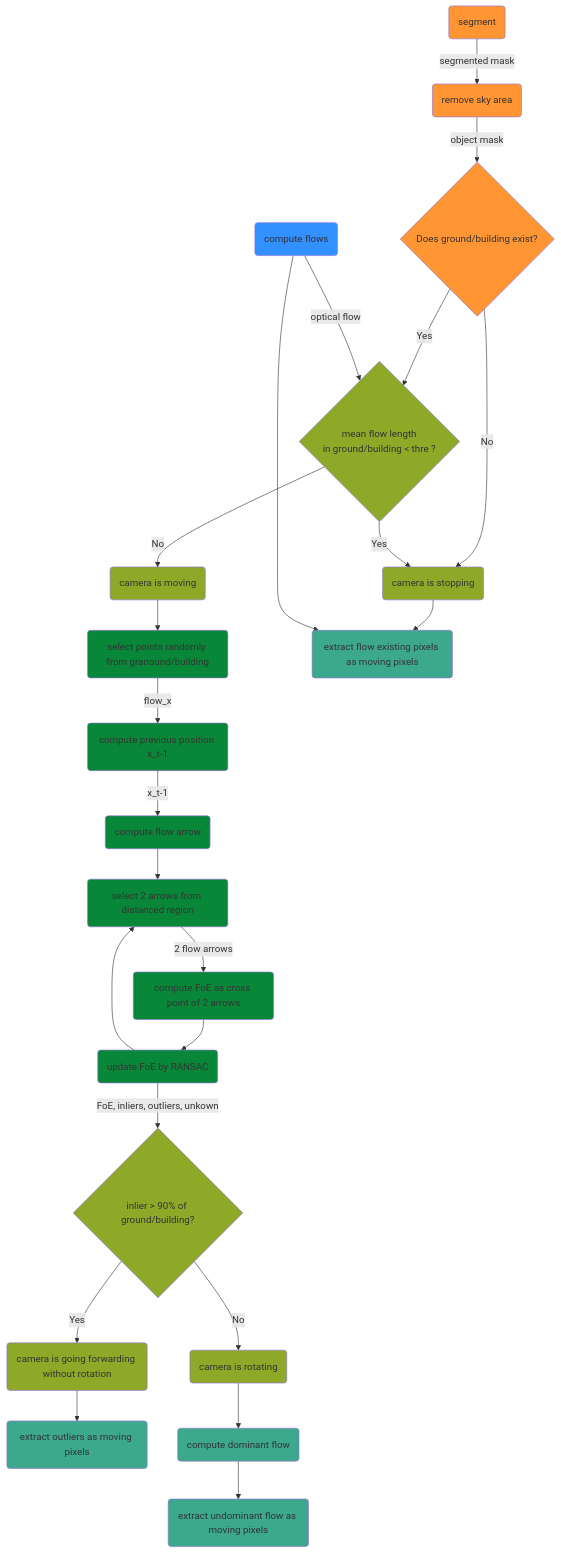
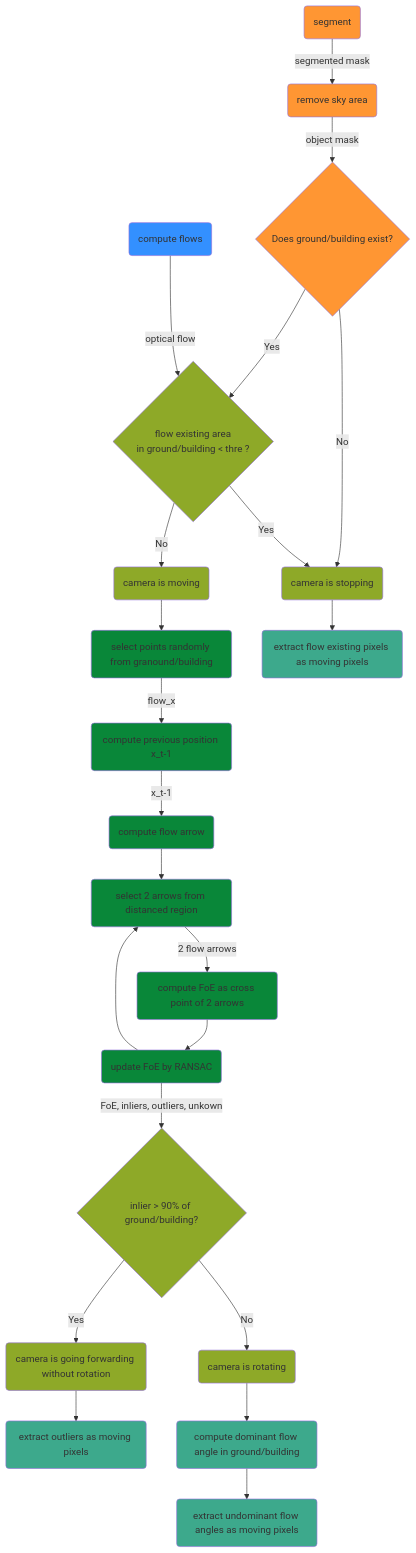
The diagram in doc/flowchart_foebased_movingobjectdetection.md (MasahiroOgawa/reconstruct4D), drawn with Mermaid before and after one commit.

Commit message:
update flow chart.

````diff
--- a/doc/flowchart_foebased_movingobjectdetection.md
+++ b/doc/flowchart_foebased_movingobjectdetection.md
@@ -1,31 +1,30 @@
 ```mermaid
 flowchart TD
     D(segment):::seg --> |segmented mask| P(remove sky area):::seg
     P --> |object mask| R{Does ground/building exist?}:::seg
-    R --> |Yes| M{mean flow length \n in ground/building < thre ?}:::cam
+    R --> |Yes| M{flow existing area \n in ground/building < thre ?}:::cam
     R --> |No| N
     A(compute flows) -->|optical flow| M
     M --> |Yes| N(camera is stopping):::cam
     M --> |No| O(camera is moving):::cam
     O --> B(select points randomly from granound/building):::foe
     B --> |flow_x| C(compute previous position x_t-1):::foe
     C --> |x_t-1| E(compute flow arrow):::foe
     E --> F(select 2 arrows from distanced region):::foe
     F --> |2 flow arrows| G(compute FoE as cross point of 2 arrows):::foe
     H --> F
     G --> H(update FoE by RANSAC):::foe
     H --> |FoE, inliers, outliers, unkown| I{inlier > 90% of ground/building?}:::cam
     I --> |Yes| S(camera is going forwarding without rotation):::cam
     S --> J(extract outliers as moving pixels):::movpix
     I --> |No| T(camera is rotating):::cam
-    T --> K(compute dominant flow):::movpix
+    T --> K(compute dominant flow angle in ground/building):::movpix
     N --> Q(extract flow existing pixels as moving pixels):::movpix
-    A --> Q
-    K --> L(extract undominant flow as moving pixels):::movpix
+    K --> L(extract undominant flow angles as moving pixels):::movpix
 
     style A fill:#3390FF
     classDef seg fill:#FF9633 
     classDef foe fill:#098739
     classDef cam fill: #8EA928
     classDef movpix fill: #3DA98C
 ```
````
